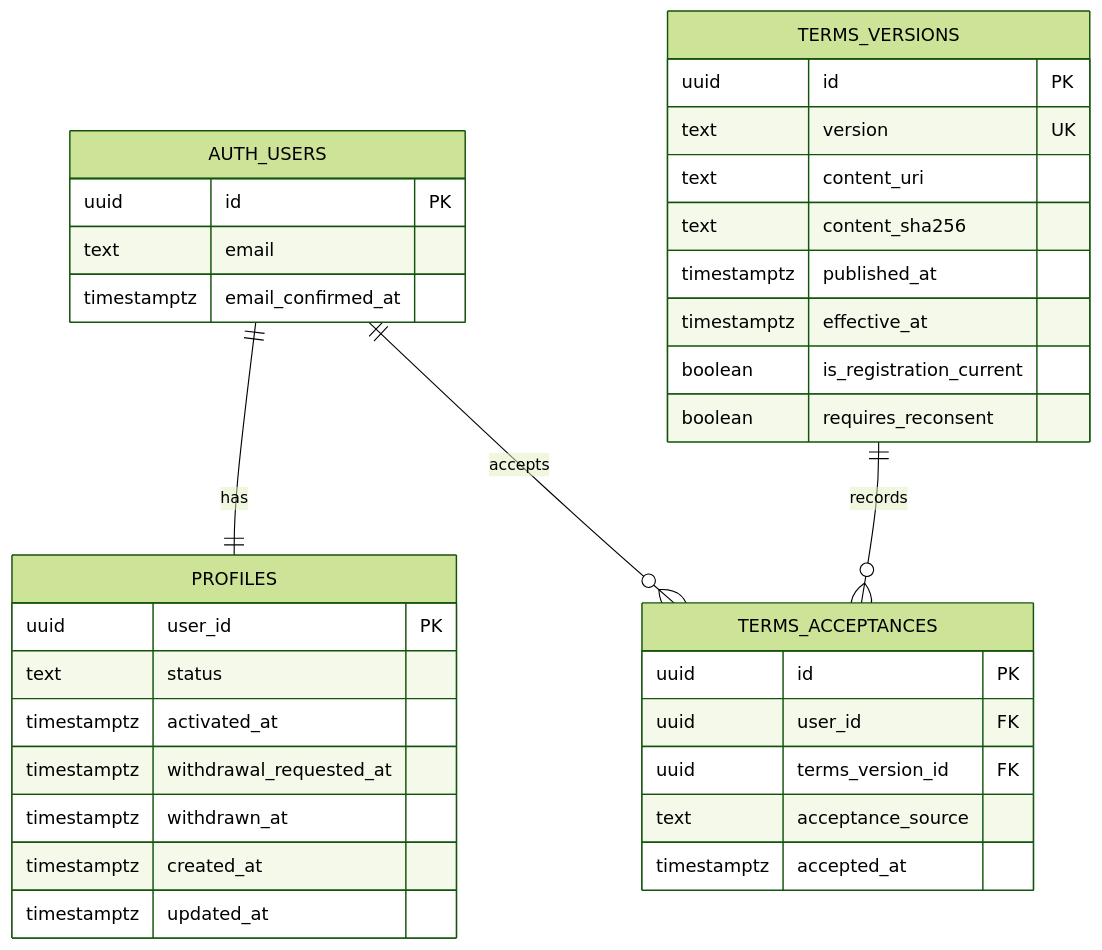
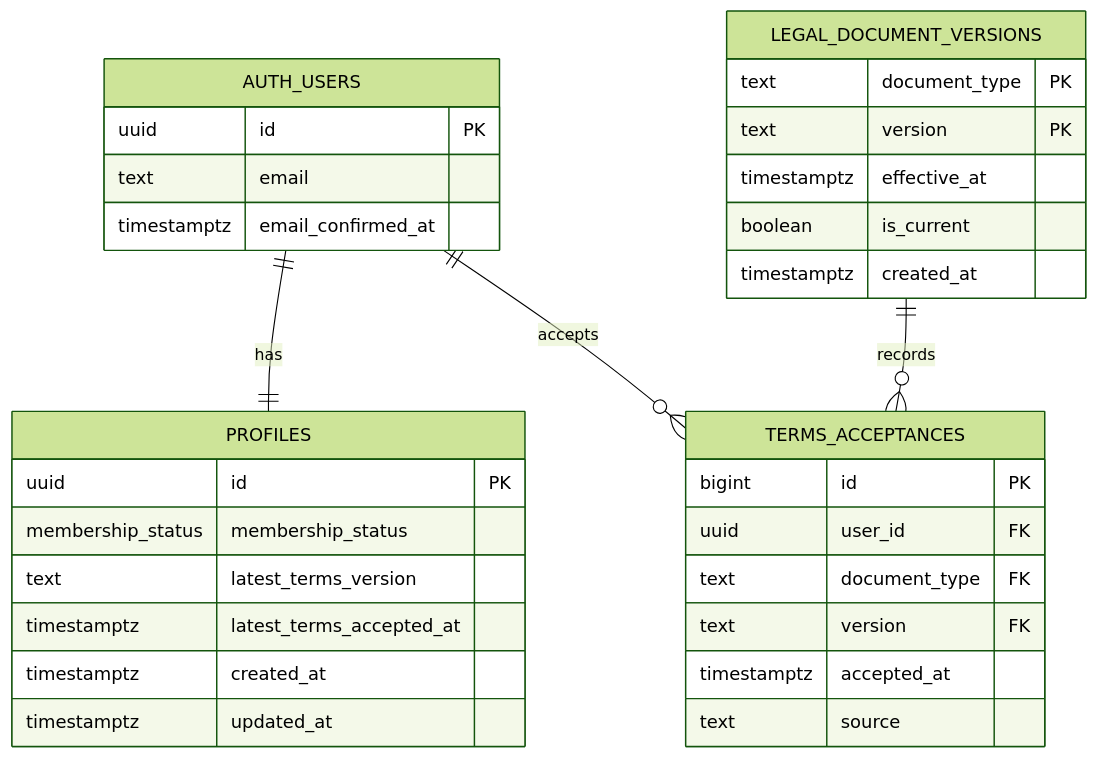
One commit to mtddzd5vw2-gif/kagoshima-tennis-alert changed the third of 3 diagrams in docs/PHASE1_AUTH_DESIGN.md. Above: the diagram before and after it, drawn with Mermaid (forest theme). The commit also changed other lines of this file and 9 other files, not shown here.

Commit message:
feat: add member profiles RLS and terms acceptance

````diff
--- a/docs/PHASE1_AUTH_DESIGN.md
+++ b/docs/PHASE1_AUTH_DESIGN.md
@@ -308,38 +305,35 @@
 ```mermaid
 erDiagram
     AUTH_USERS ||--|| PROFILES : has
     AUTH_USERS ||--o{ TERMS_ACCEPTANCES : accepts
-    TERMS_VERSIONS ||--o{ TERMS_ACCEPTANCES : records
+    LEGAL_DOCUMENT_VERSIONS ||--o{ TERMS_ACCEPTANCES : records
 
     AUTH_USERS {
         uuid id PK
         text email
         timestamptz email_confirmed_at
     }
     PROFILES {
-        uuid user_id PK
-        text status
-        timestamptz activated_at
-        timestamptz withdrawal_requested_at
-        timestamptz withdrawn_at
+        uuid id PK
+        membership_status membership_status
+        text latest_terms_version
+        timestamptz latest_terms_accepted_at
         timestamptz created_at
         timestamptz updated_at
     }
-    TERMS_VERSIONS {
-        uuid id PK
-        text version UK
-        text content_uri
-        text content_sha256
-        timestamptz published_at
+    LEGAL_DOCUMENT_VERSIONS {
+        text document_type PK
+        text version PK
         timestamptz effective_at
-        boolean is_registration_current
-        boolean requires_reconsent
+        boolean is_current
+        timestamptz created_at
     }
     TERMS_ACCEPTANCES {
-        uuid id PK
+        bigint id PK
         uuid user_id FK
-        uuid terms_version_id FK
-        text acceptance_source
+        text document_type FK
+        text version FK
         timestamptz accepted_at
+        text source
     }
 ```
````
